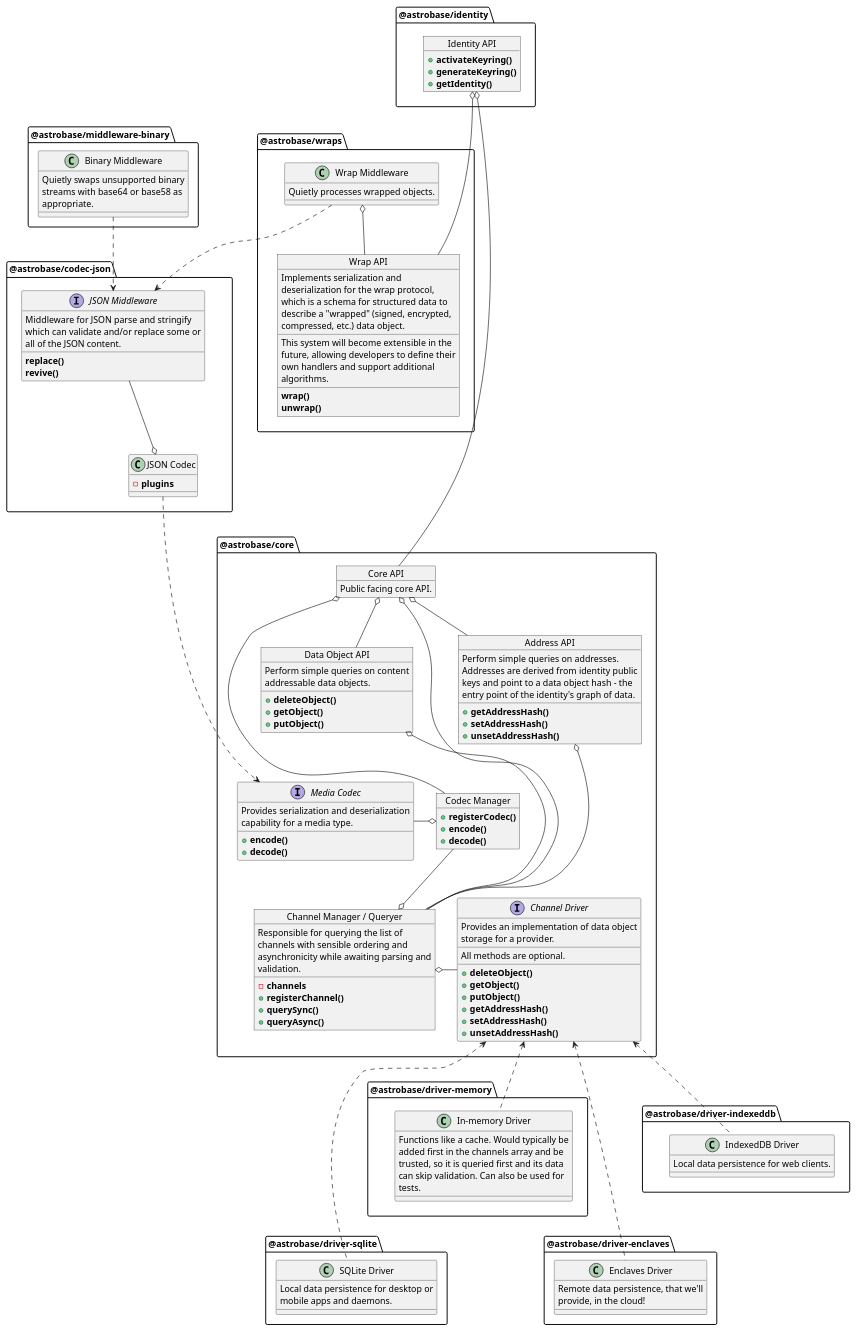
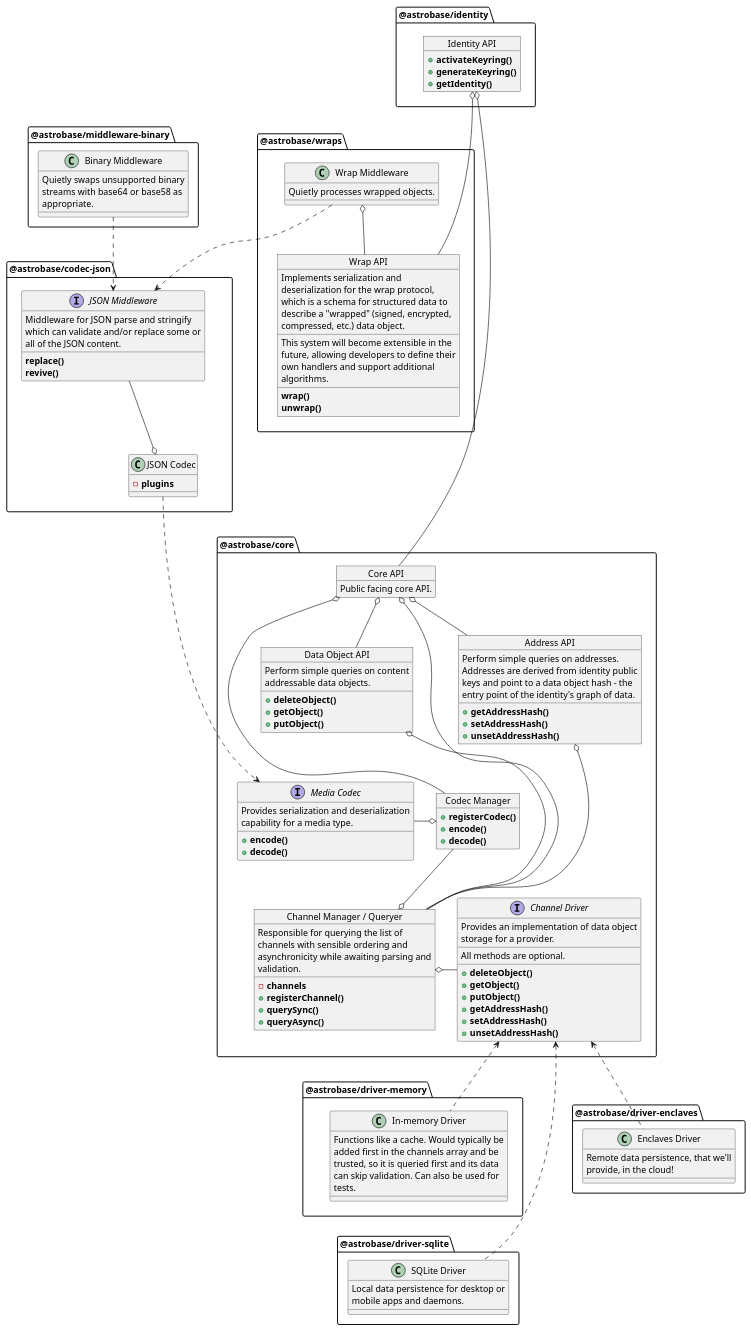
The diagram in docs/class-diagram.puml (aidlran/librebase), drawn with PlantUML before and after one commit. The commit also changed 17 other files, not shown here.

Commit message:
refactor: indexeddb driver now exported from core

```diff
--- a/docs/class-diagram.puml
+++ b/docs/class-diagram.puml
@@ -1,168 +1,161 @@
 @startuml class-diagram
 
 ' NOTE: OUTDATED (last updated April 2024)
 
 skinparam WrapWidth 280
 
 package "@astrobase/core" {
   interface "Channel Driver" {
     Provides an implementation of data object storage for a provider.
     __
     All methods are optional.
     __
     + **deleteObject()**
     + **getObject()**
     + **putObject()**
     + **getAddressHash()**
     + **setAddressHash()**
     + **unsetAddressHash()**
   }
 
   object "Codec Manager" as CodecManager {
     + **registerCodec()**
     + **encode()**
     + **decode()**
   }
 
   interface "Media Codec" {
     Provides serialization and deserialization capability for a media type.
     __
     + **encode()**
     + **decode()**
   }
 
   CodecManager o-r- "Media Codec"
 
   object "Channel Manager / Queryer" as Queryer {
     Responsible for querying the list of channels with sensible ordering and asynchronicity while awaiting parsing and validation.
     __
     - **channels**
     + **registerChannel()**
     + **querySync()**
     + **queryAsync()**
   }
 
   Queryer o-u- CodecManager
   Queryer o-r- "Channel Driver"
 
 
   object "Data Object API" as ObjectAPI {
     Perform simple queries on content addressable data objects.
     __
     + **deleteObject()**
     + **getObject()**
     + **putObject()**
   }
 
   ObjectAPI o-d- Queryer
   ObjectAPI -d[hidden]-> CodecManager
 
   object "Address API" as AddressAPI {
     Perform simple queries on addresses. Addresses are derived from identity public keys and point to a data object hash - the entry point of the identity's graph of data.
     __
     + **getAddressHash()**
     + **setAddressHash()**
     + **unsetAddressHash()**
   }
 
   AddressAPI -r[hidden]-> ObjectAPI
   AddressAPI o-- Queryer
 
   object "Core API" as Core {
     Public facing core API.
   }
 
   Core o-d- AddressAPI
   Core o-d- CodecManager
   Core o-d- ObjectAPI
   Core o-d- Queryer
 }
 
 package "@astrobase/driver-memory" {
   class "In-memory Driver" {
     Functions like a cache. Would typically be added first in the channels array and be trusted, so it is queried first and its data can skip validation. Can also be used for tests.
   }
   "In-memory Driver" .u.> "Channel Driver"
 }
 
-package "@astrobase/driver-indexeddb" {
-  class "IndexedDB Driver" {
-    Local data persistence for web clients.
-  }
-  "IndexedDB Driver" .u.> "Channel Driver"
-}
 
 package "@astrobase/driver-sqlite" {
   class "SQLite Driver" {
     Local data persistence for desktop or mobile apps and daemons.
   }
   "SQLite Driver" .u.> "Channel Driver"
   "SQLite Driver" -u[hidden]-> "@astrobase/driver-memory"
 }
 
 package "@astrobase/driver-enclaves" {
   class "Enclaves Driver" {
     Remote data persistence, that we'll provide, in the cloud!
   }
   "Enclaves Driver" .u.> "Channel Driver"
-  "Enclaves Driver" -u[hidden]-> "@astrobase/driver-indexeddb"
 }
 
 package "@astrobase/codec-json" {
   class "JSON Codec" {
     - **plugins**
   }
 
   "JSON Codec" .d.> "Media Codec"
   "JSON Codec" -d[hidden]-> Core
 
   interface "JSON Middleware" {
     Middleware for JSON parse and stringify which can validate and/or replace some or all of the JSON content.
     __
     **replace()**
     **revive()**
   }
 
   "JSON Codec" o-u- "JSON Middleware"
 }
 
 "@astrobase/codec-json" -d[hidden]-> "@astrobase/core"
 
 package "@astrobase/middleware-binary" {
   class "Binary Middleware" {
     Quietly swaps unsupported binary streams with base64 or base58 as appropriate.
   }
   "Binary Middleware" .d.> "JSON Middleware"
 }
 
 package "@astrobase/wraps" {
   object "Wrap API" as Wraps {
     Implements serialization and deserialization for the wrap protocol, which is a schema for structured data to describe a "wrapped" (signed, encrypted, compressed, etc.) data object.
     __
     This system will become extensible in the future, allowing developers to define their own handlers and support additional algorithms.
     __
     **wrap()**
     **unwrap()**
   }
 
   class "Wrap Middleware" {
     Quietly processes wrapped objects.
   }
   "Wrap Middleware" ..> "JSON Middleware"
   "Wrap Middleware" o-- Wraps
 }
 
 package "@astrobase/identity" {
   object "Identity API" as Identity {
     + **activateKeyring()**
     + **generateKeyring()**
     + **getIdentity()**
   }
 
   Identity o-d- Core
   Identity o-d- Wraps
 }
 
 "@astrobase/identity" -d[hidden]-> "@astrobase/wraps"
 
 @enduml
```
